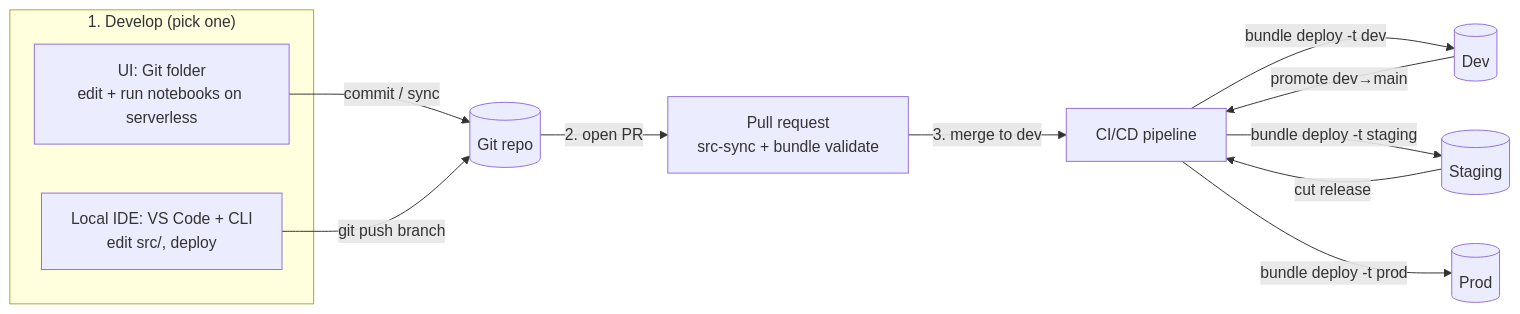
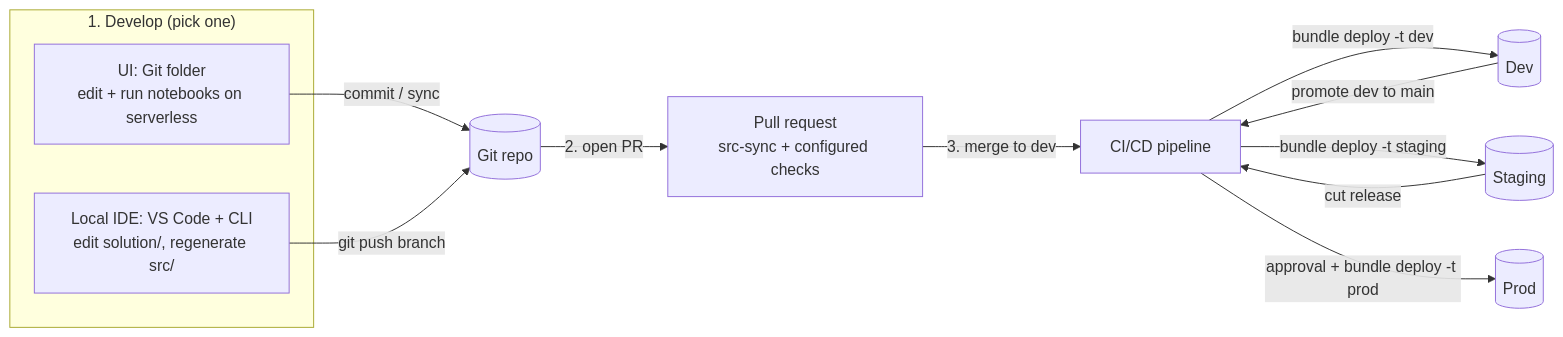
The first of 2 diagrams in README.md (microsoft/databricks-mlops-workshop), drawn with Mermaid before and after one commit. The commit also changed other lines of this file and 21 other files, not shown here.

````diff
--- a/README.md
+++ b/README.md
@@ -210,16 +126,16 @@
 ```mermaid
 flowchart LR
     subgraph Develop["1. Develop (pick one)"]
       UI[UI: Git folder<br/>edit + run notebooks on serverless]
-      IDE[Local IDE: VS Code + CLI<br/>edit src/, deploy]
+      IDE[Local IDE: VS Code + CLI<br/>edit solution/, regenerate src/]
     end
     UI -->|commit / sync| G[(Git repo)]
     IDE -->|git push branch| G
-    G -->|2. open PR| PR[Pull request<br/>src-sync + bundle validate]
+    G -->|2. open PR| PR[Pull request<br/>src-sync + configured checks]
     PR -->|3. merge to dev| CICD[CI/CD pipeline]
     CICD -->|bundle deploy -t dev| D[(Dev)]
-    D -->|promote dev→main| CICD
+    D -->|promote dev to main| CICD
     CICD -->|bundle deploy -t staging| S[(Staging)]
     S -->|cut release| CICD
-    CICD -->|bundle deploy -t prod| P[(Prod)]
+    CICD -->|approval + bundle deploy -t prod| P[(Prod)]
 ```
````
